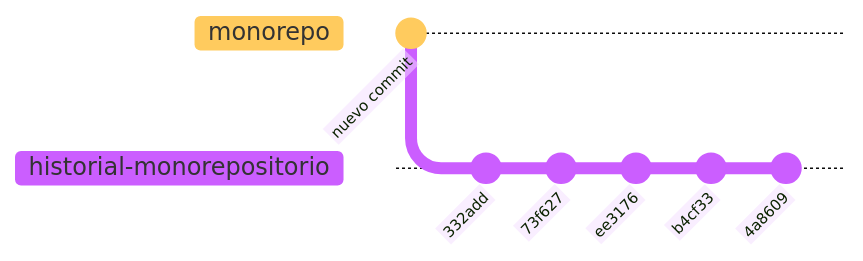
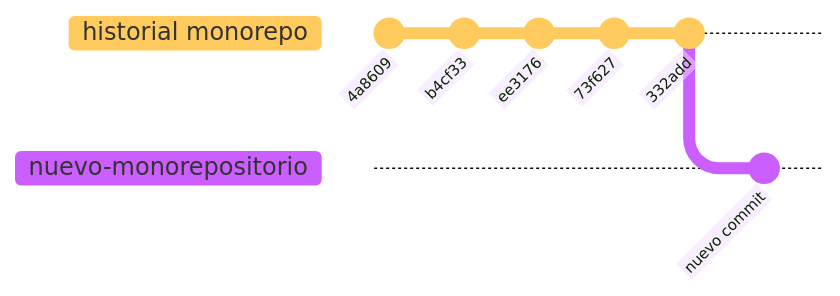
Before and after one commit to amenocal/limpia-tu-monorepositorio: the fourth of 5 diagrams in actividades/grafting-repositorio.md, drawn with Mermaid. The commit also changed other lines of this file, not shown here.

````diff
--- a/actividades/grafting-repositorio.md
+++ b/actividades/grafting-repositorio.md
@@ -119,11 +105,11 @@
 ```mermaid
-    %%{init: { 'theme': 'base', 'gitGraph': { 'mainBranchName' : " monorepo"}} }%%
+    %%{init: { 'theme': 'base', 'gitGraph': { 'mainBranchName' : "historial monorepo"}} }%%
     gitGraph
+       commit id: "4a8609"
+       commit id: "b4cf33"
+       commit id: "ee3176"
+       commit id: "73f627"
+       commit id: "332add"
+       branch nuevo-monorepositorio
        commit id: "nuevo commit"
-       branch historial-monorepositorio
-       commit id: "332add"
-       commit id: "73f627"
-       commit id: "ee3176"
-       commit id: "b4cf33"
-       commit id: "4a8609"
 ```
````
